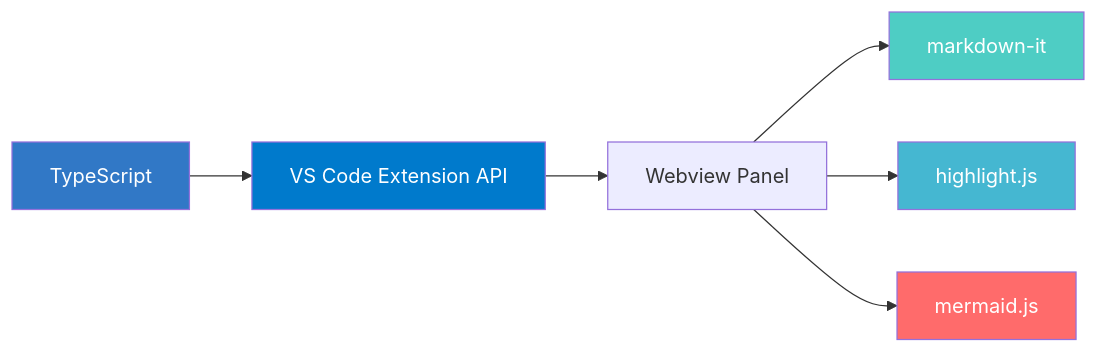
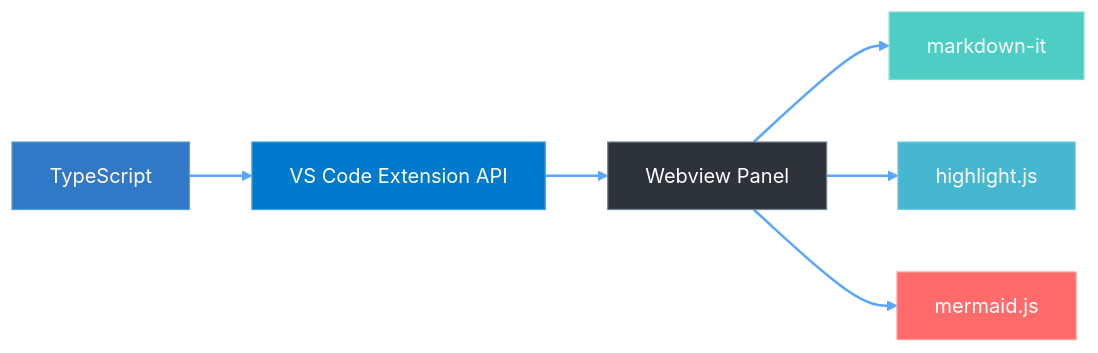
One commit to lyhlg/vscode-markdown-prettier-plugin changed the diagram in README.md. Above: the diagram before and after it, drawn with Mermaid. The commit also changed other lines of this file and 3 other files, not shown here.

First line of the commit message:
docs: polish README and fix mermaid arrowhead colors

````diff
--- a/README.md
+++ b/README.md
@@ -154,14 +176,17 @@
 ```mermaid
 flowchart LR
     A[TypeScript] --> B[VS Code Extension API]
     B --> C[Webview Panel]
     C --> D[markdown-it]
     C --> E[highlight.js]
     C --> F[mermaid.js]
 
-    style A fill:#3178c6,color:#fff
-    style B fill:#007acc,color:#fff
-    style D fill:#4ecdc4,color:#fff
-    style E fill:#45b7d1,color:#fff
-    style F fill:#ff6b6b,color:#fff
+    style A fill:#3178c6,stroke:#5a9fd4,color:#fff
+    style B fill:#007acc,stroke:#3aa3e8,color:#fff
+    style C fill:#2d333b,stroke:#768390,color:#fff
+    style D fill:#4ecdc4,stroke:#7edcd6,color:#fff
+    style E fill:#45b7d1,stroke:#75cde0,color:#fff
+    style F fill:#ff6b6b,stroke:#ff9999,color:#fff
+
+    linkStyle default stroke:#58a6ff,stroke-width:2px
 ```
````
